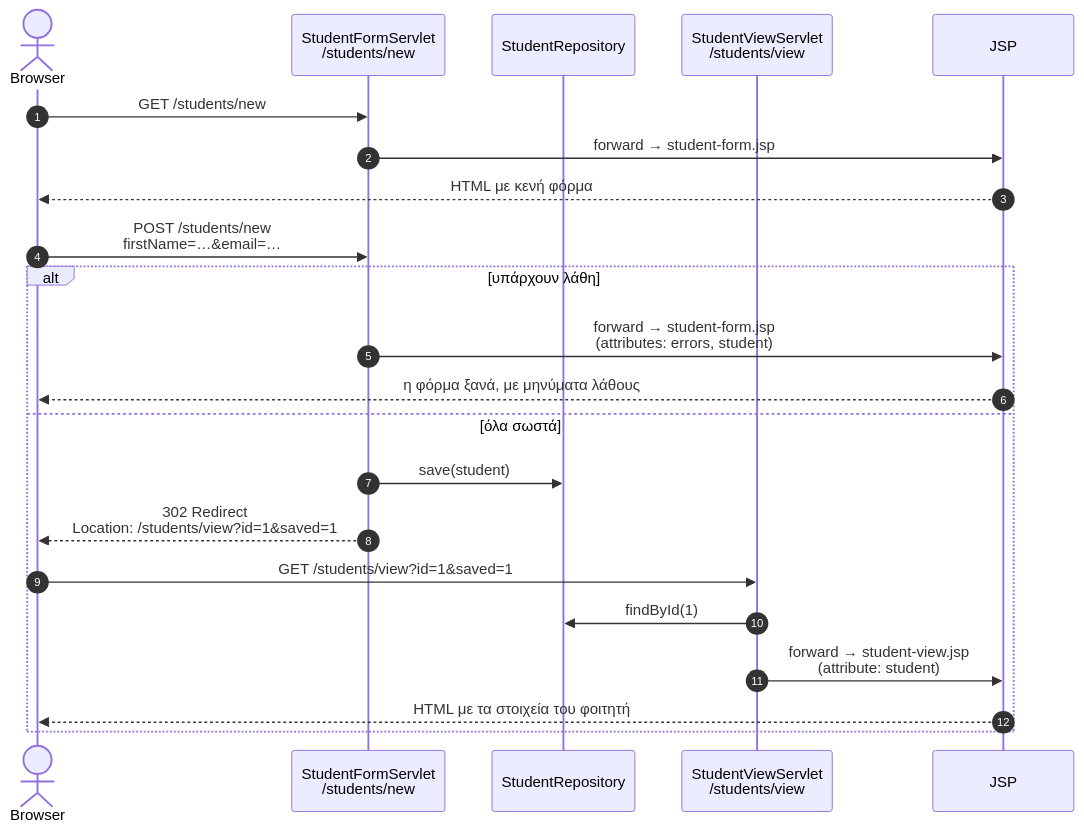
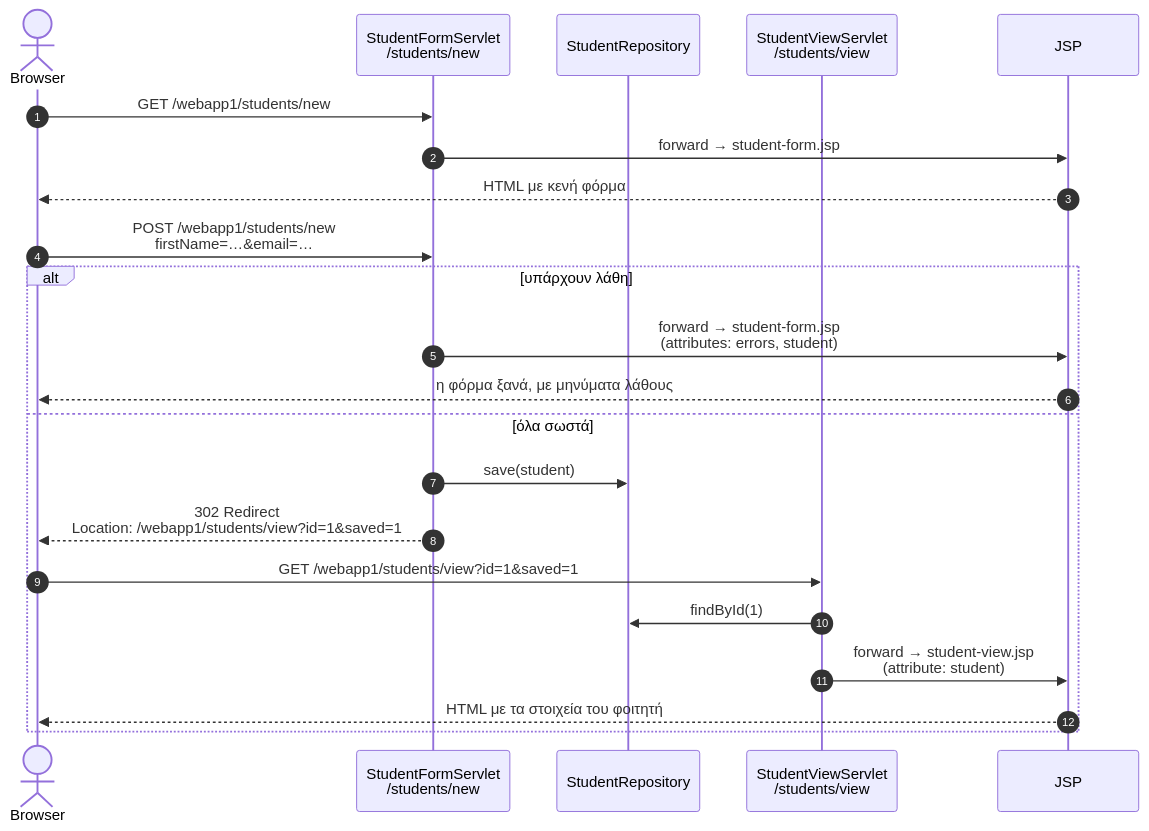
Before and after one commit to tsadimas-wa/java-web: the second of 2 diagrams in Forms.md, drawn with Mermaid. The commit also changed other lines of this file and 2 other files, not shown here.

````diff
--- a/Forms.md
+++ b/Forms.md
@@ -986,26 +1117,26 @@
 ```mermaid
 sequenceDiagram
     autonumber
     actor U as Browser
     participant F as StudentFormServlet<br/>/students/new
     participant R as StudentRepository
     participant V as StudentViewServlet<br/>/students/view
     participant J as JSP
 
-    U->>F: GET /students/new
+    U->>F: GET /webapp1/students/new
     F->>J: forward → student-form.jsp
     J-->>U: HTML με κενή φόρμα
 
-    U->>F: POST /students/new<br/>firstName=…&email=…
+    U->>F: POST /webapp1/students/new<br/>firstName=…&email=…
     alt υπάρχουν λάθη
         F->>J: forward → student-form.jsp<br/>(attributes: errors, student)
         J-->>U: η φόρμα ξανά, με μηνύματα λάθους
     else όλα σωστά
         F->>R: save(student)
-        F-->>U: 302 Redirect<br/>Location: /students/view?id=1&saved=1
-        U->>V: GET /students/view?id=1&saved=1
+        F-->>U: 302 Redirect<br/>Location: /webapp1/students/view?id=1&saved=1
+        U->>V: GET /webapp1/students/view?id=1&saved=1
         V->>R: findById(1)
         V->>J: forward → student-view.jsp<br/>(attribute: student)
         J-->>U: HTML με τα στοιχεία του φοιτητή
     end
 ```
````
